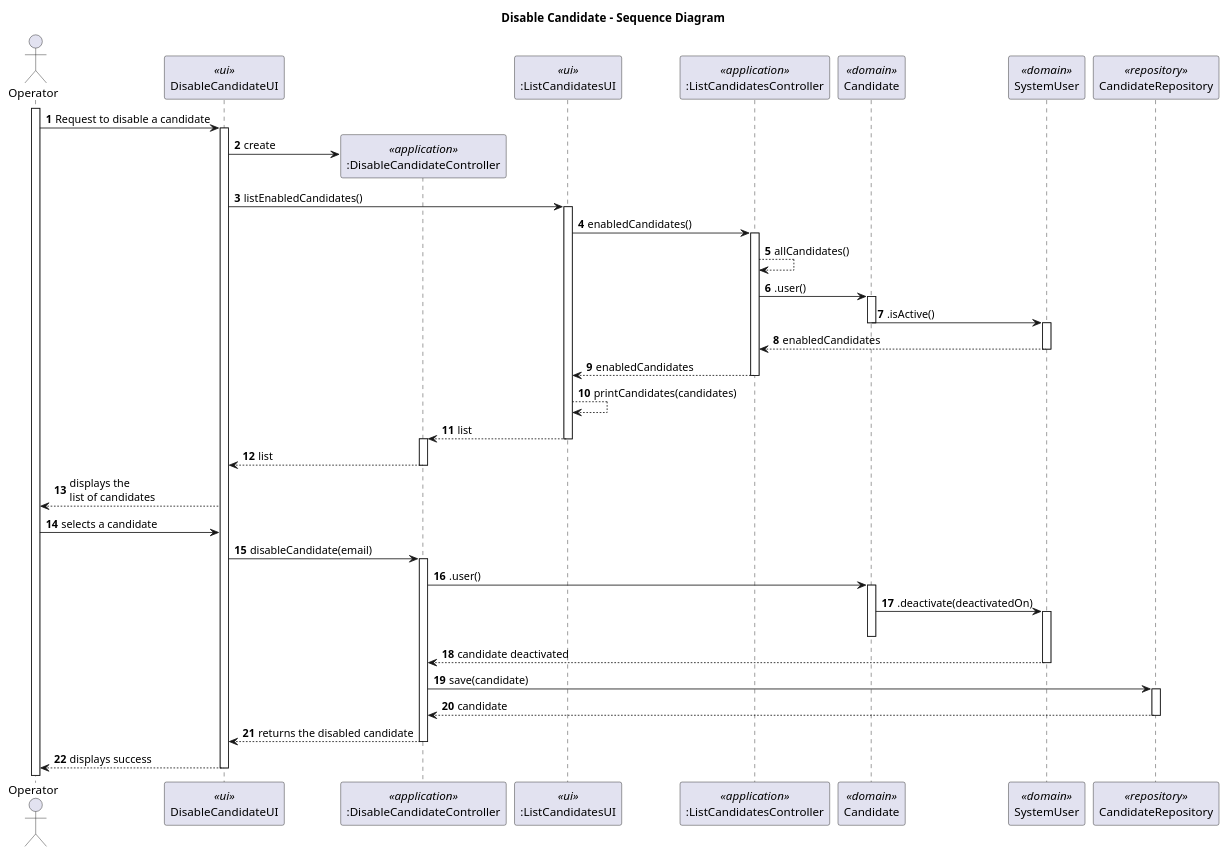
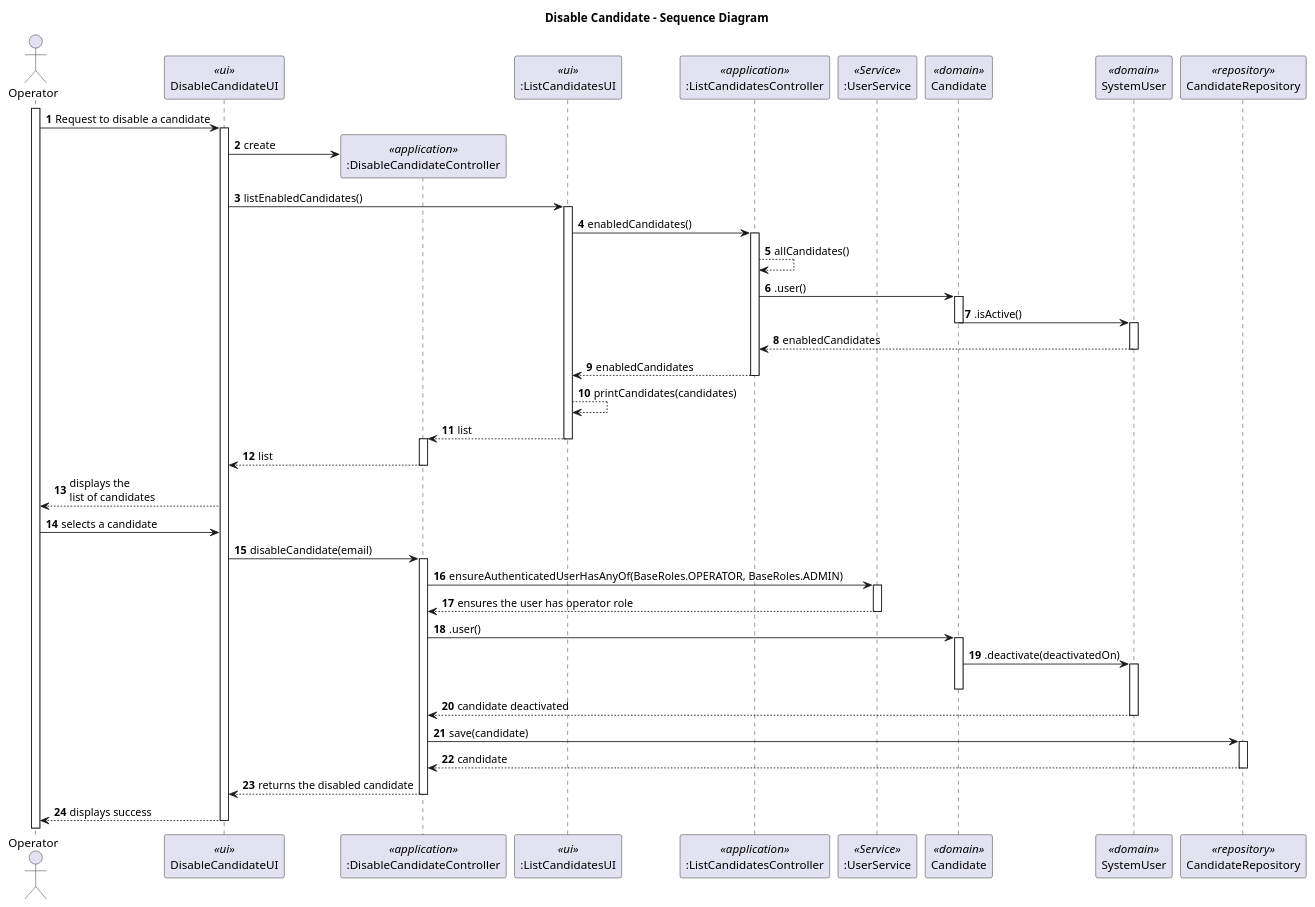
The diagram in docs/sprintC/2000b/puml/SD2_DisableCandidate/2000b-sequence-diagram.puml (marcoferreira37/Lapr4), drawn with PlantUML before and after one commit. The commit also changed 3 other files, not shown here.

Commit message:
#37 last changes in sequence and class diagram for 2000b (added the authentication service)

```diff
--- a/docs/sprintC/2000b/puml/SD2_DisableCandidate/2000b-sequence-diagram.puml
+++ b/docs/sprintC/2000b/puml/SD2_DisableCandidate/2000b-sequence-diagram.puml
@@ -1,63 +1,68 @@
 @startuml
 
 title Disable Candidate - Sequence Diagram
 
 autonumber
 actor Operator as ADM
 participant "DisableCandidateUI" as UI <<ui>>
 participant ":DisableCandidateController" as CTRL <<application>>
 participant ":ListCandidatesUI" as LUI <<ui>>
 participant ":ListCandidatesController" as LCTRL <<application>>
+participant ":UserService" as AS <<Service>>
 participant "Candidate" as User <<domain>>
 participant "SystemUser" as SYS <<domain>>
 participant "CandidateRepository" as REPO <<repository>>
 
 
 activate ADM
 ADM-> UI : Request to disable a candidate
 activate UI
 UI -> CTRL** : create
 UI -> LUI: listEnabledCandidates()
 deactivate CTRL
 activate LUI
 LUI->LCTRL:enabledCandidates()
 activate LCTRL
 LCTRL-->LCTRL: allCandidates()
 LCTRL-> User: .user()
 activate User
 User-> SYS : .isActive()
 deactivate User
 activate SYS
 SYS-->LCTRL:enabledCandidates
 deactivate SYS
 LCTRL-->LUI:enabledCandidates
 deactivate LCTRL
 LUI-->LUI:printCandidates(candidates)
 LUI-->CTRL: list
 deactivate LUI
 activate CTRL
 CTRL-->UI:list
 deactivate CTRL
 UI --> ADM : displays the \nlist of candidates
 deactivate LUI
 ADM -> UI : selects a candidate
 UI -> CTRL : disableCandidate(email)
 activate CTRL
+CTRL-> AS:ensureAuthenticatedUserHasAnyOf(BaseRoles.OPERATOR, BaseRoles.ADMIN)
+activate AS
+AS--> CTRL: ensures the user has operator role
+deactivate AS
 CTRL->User :.user()
 activate User
 User->SYS: .deactivate(deactivatedOn)
 activate SYS
 deactivate User
 SYS--> CTRL: candidate deactivated
 deactivate SYS
 CTRL->REPO : save(candidate)
 activate REPO
 REPO--> CTRL: candidate
 deactivate REPO
 CTRL --> UI : returns the disabled candidate
 deactivate CTRL
 UI --> ADM : displays success
 deactivate UI
 
 
 @enduml
```
